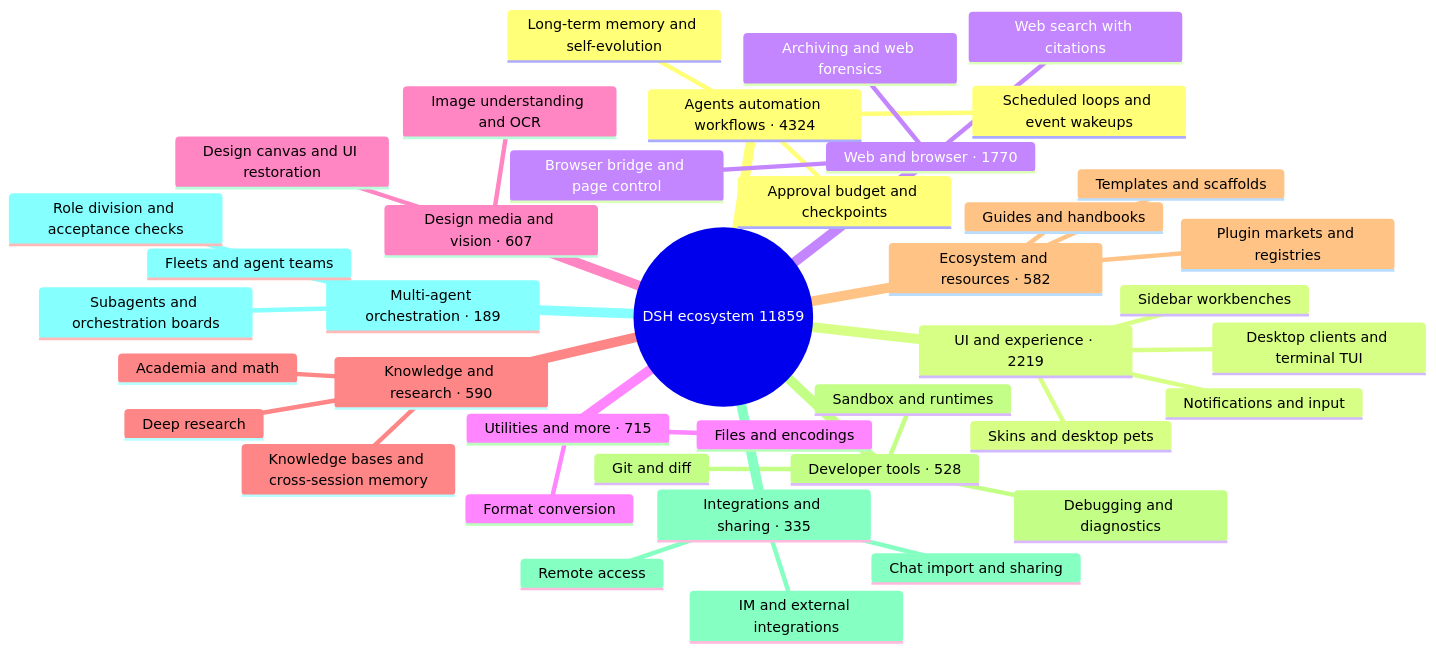
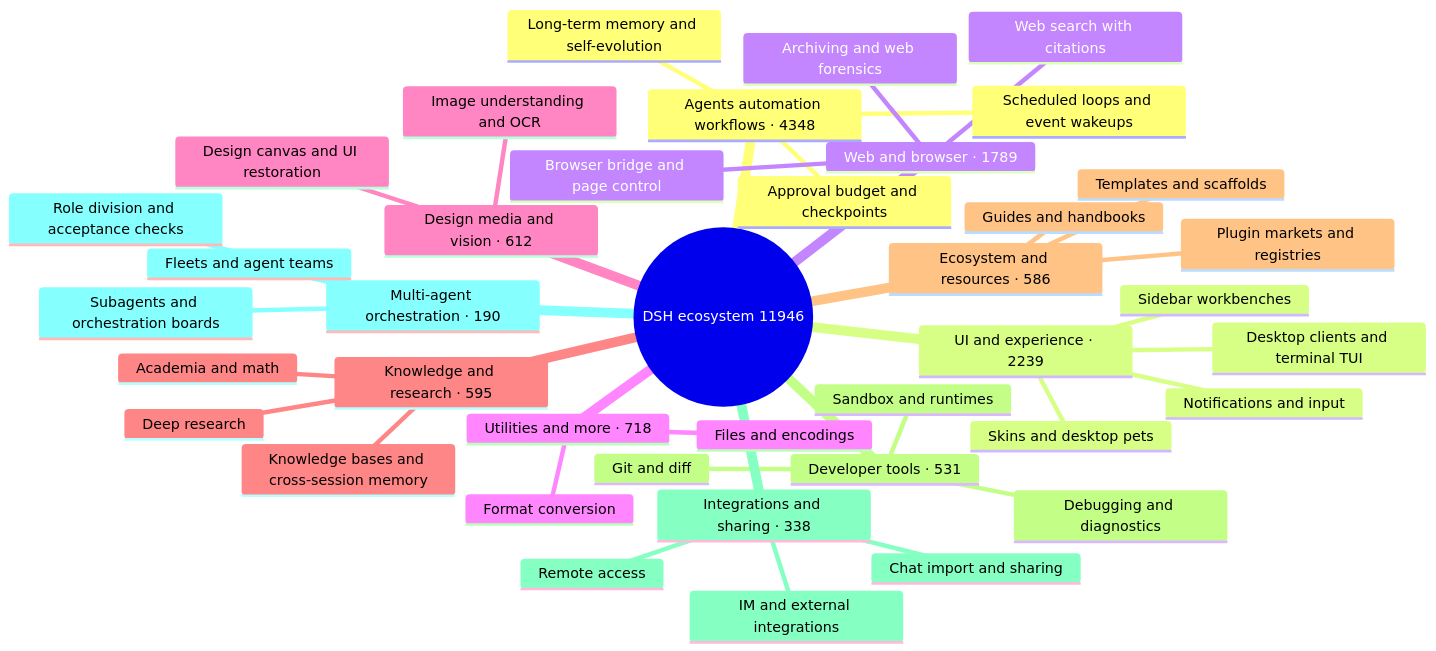
The diagram in README_EN.md (BOWLUNA/awesome-dsh-plugin), drawn with Mermaid before and after one commit. The commit also changed other lines of this file and 20 other files, not shown here.

````diff
--- a/README_EN.md
+++ b/README_EN.md
@@ -33,43 +33,43 @@
 ```mermaid
 mindmap
-  root((DSH ecosystem 11859))
-    Agents automation workflows · 4324
+  root((DSH ecosystem 11946))
+    Agents automation workflows · 4348
       Scheduled loops and event wakeups
       Long-term memory and self-evolution
       Approval budget and checkpoints
-    UI and experience · 2219
+    UI and experience · 2239
       Desktop clients and terminal TUI
       Sidebar workbenches
       Skins and desktop pets
       Notifications and input
-    Web and browser · 1770
+    Web and browser · 1789
       Browser bridge and page control
       Web search with citations
       Archiving and web forensics
-    Utilities and more · 715
+    Utilities and more · 718
       Files and encodings
       Format conversion
-    Design media and vision · 607
+    Design media and vision · 612
       Image understanding and OCR
       Design canvas and UI restoration
-    Knowledge and research · 590
+    Knowledge and research · 595
       Knowledge bases and cross-session memory
       Deep research
       Academia and math
-    Ecosystem and resources · 582
+    Ecosystem and resources · 586
       Plugin markets and registries
       Templates and scaffolds
       Guides and handbooks
-    Developer tools · 528
+    Developer tools · 531
       Git and diff
       Sandbox and runtimes
       Debugging and diagnostics
-    Integrations and sharing · 335
+    Integrations and sharing · 338
       Chat import and sharing
       Remote access
       IM and external integrations
-    Multi-agent orchestration · 189
+    Multi-agent orchestration · 190
       Subagents and orchestration boards
       Fleets and agent teams
       Role division and acceptance checks
 ```
````
